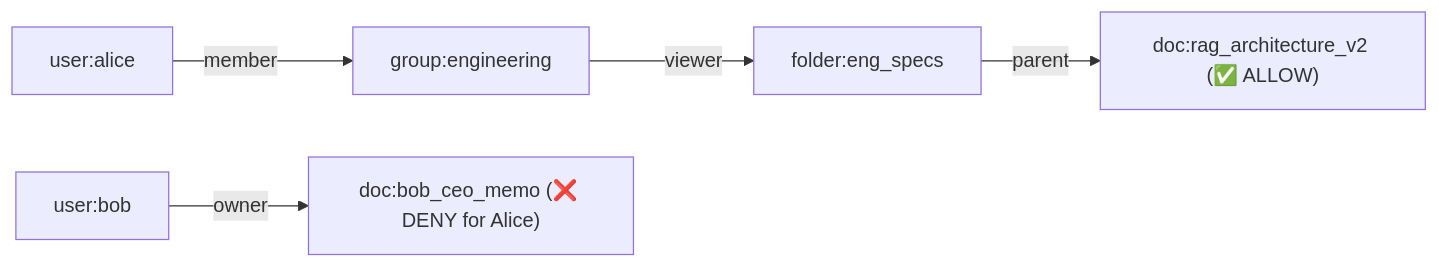
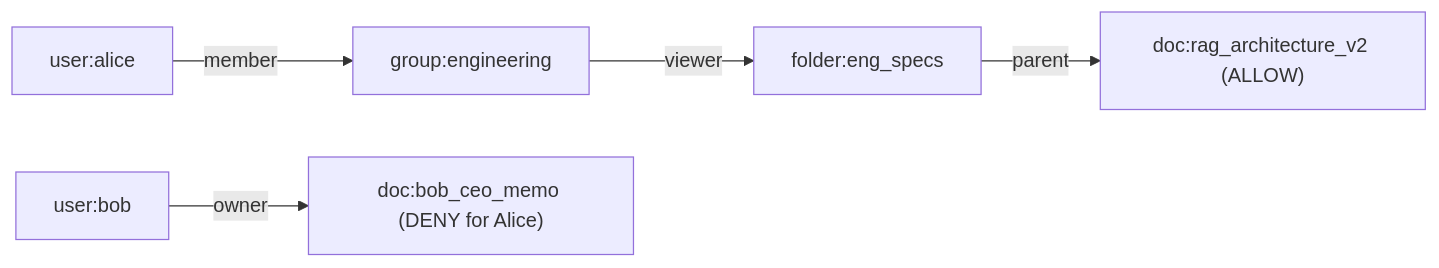
The first of 2 diagrams in Lecture 45 - Enterprise Identity OIDC SCIM and ReBAC/notes/06_RBAC_vs_ReBAC_Relationship_Based_Access_Control.md (Amie-dev/FDE-and-GenAI-Mastery), drawn with Mermaid before and after one commit. The commit also changed other lines of this file and 92 other files, not shown here.

````diff
--- a/Lecture 45 - Enterprise Identity OIDC SCIM and ReBAC/notes/06_RBAC_vs_ReBAC_Relationship_Based_Access_Control.md
+++ b/Lecture 45 - Enterprise Identity OIDC SCIM and ReBAC/notes/06_RBAC_vs_ReBAC_Relationship_Based_Access_Control.md
@@ -44,7 +50,7 @@
 ```mermaid
 flowchart LR
     A["user:alice"] -->|"member"| G["group:engineering"]
     G -->|"viewer"| F["folder:eng_specs"]
-    F -->|"parent"| D1["doc:rag_architecture_v2 (✅ ALLOW)"]
-    B["user:bob"] -->|"owner"| D2["doc:bob_ceo_memo (❌ DENY for Alice)"]
+    F -->|"parent"| D1["doc:rag_architecture_v2 (ALLOW)"]
+    B["user:bob"] -->|"owner"| D2["doc:bob_ceo_memo (DENY for Alice)"]
 ```
````
